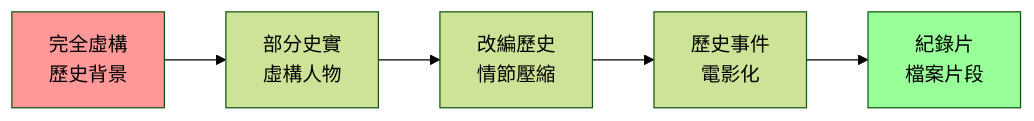
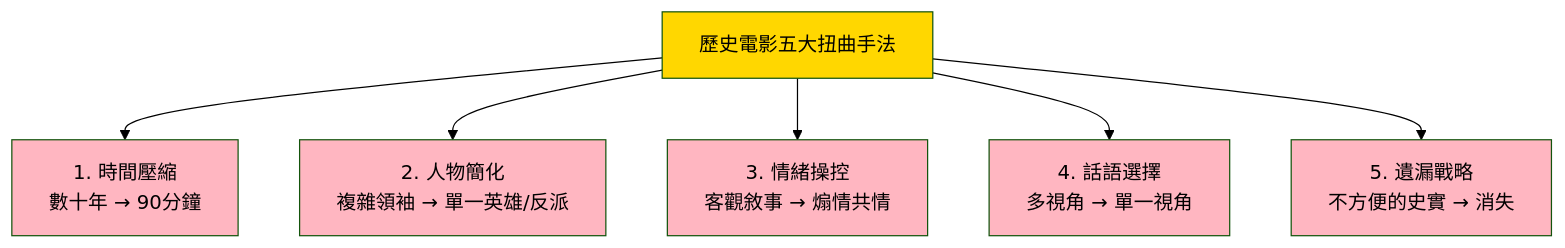
The third of 7 diagrams in 01_HKU_Courses/HIST2031_History_through_Film.md (yip-lgtm/HKU-Harvard-History-Self-Study), drawn with Mermaid (forest theme) before and after one commit. The commit also changed other lines of this file and 65 other files, not shown here.

````diff
--- a/01_HKU_Courses/HIST2031_History_through_Film.md
+++ b/01_HKU_Courses/HIST2031_History_through_Film.md
@@ -271,10 +200,14 @@
 ```mermaid
-graph LR
-    A[完全虛構<br/>歷史背景] --> B[部分史實<br/>虛構人物]
-    B --> C[改編歷史<br/>情節壓縮]
-    C --> D[歷史事件<br/>電影化]
-    D --> E[紀錄片<br/>檔案片段]
-    
-    style E fill:#9f9,color:#000
-    style A fill:#f99,color:#000
+graph TD
+    A["歷史電影五大扭曲手法"] --> B["1. 時間壓縮<br/>數十年 → 90分鐘"]
+    A --> C["2. 人物簡化<br/>複雜領袖 → 單一英雄/反派"]
+    A --> D["3. 情緒操控<br/>客觀敘事 → 煽情共情"]
+    A --> E["4. 話語選擇<br/>多視角 → 單一視角"]
+    A --> F["5. 遺漏戰略<br/>不方便的史實 → 消失"]
+    style A fill:#FFD700
+    style B fill:#FFB6C1
+    style C fill:#FFB6C1
+    style D fill:#FFB6C1
+    style E fill:#FFB6C1
+    style F fill:#FFB6C1
 ```
````
